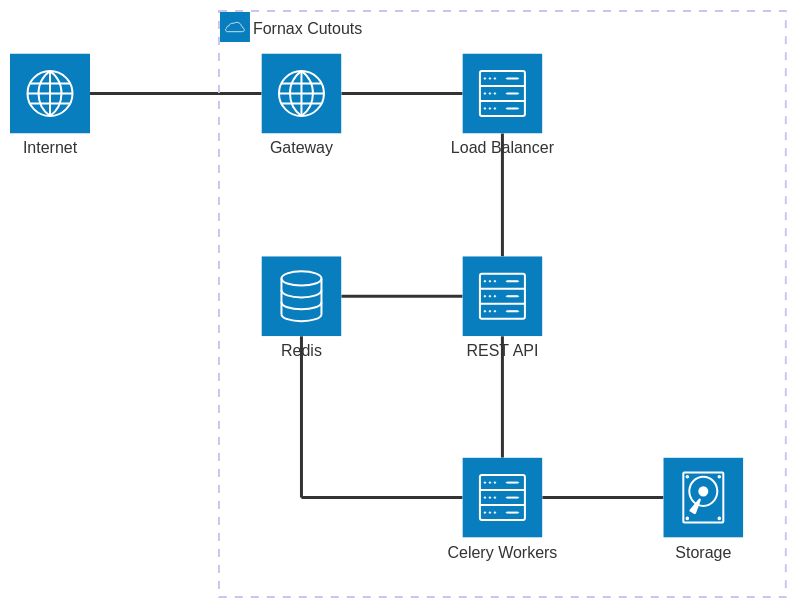
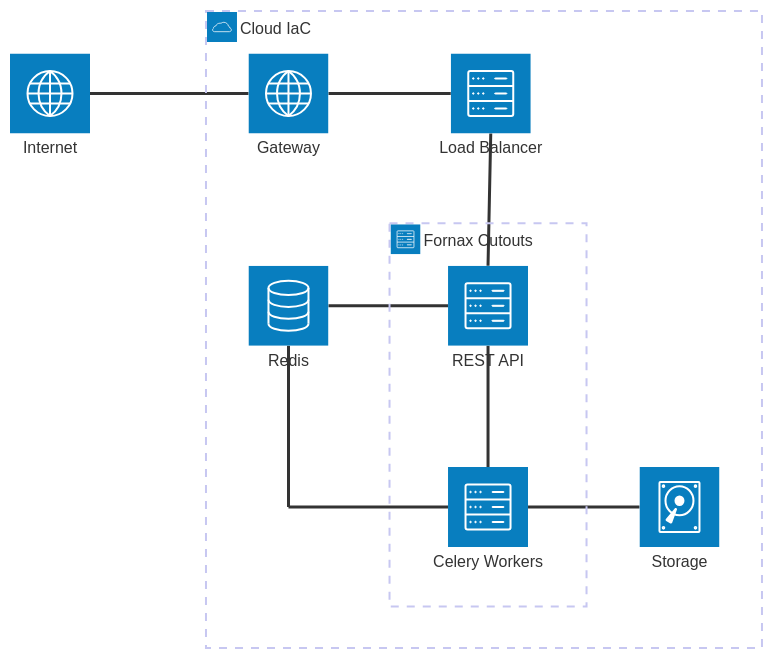
The first of 2 diagrams in README.md (dsarmiento/fornax-cutouts), drawn with Mermaid before and after one commit. The commit also changed other lines of this file, not shown here.

Commit message:
docs(README): update diagrams

````diff
--- a/README.md
+++ b/README.md
@@ -97,28 +99,29 @@
 ```mermaid
 architecture-beta
     service internet(internet)[Internet]
 
-    group fornax(cloud)[Fornax Cutouts]
+    group cloud(cloud)[Cloud IaC]
+    group fornax(server)[Fornax Cutouts] in cloud
 
-    service gateway(internet)[Gateway] in fornax
-    service load_balancer(server)[Load Balancer] in fornax
+    service gateway(internet)[Gateway] in cloud
+    service load_balancer(server)[Load Balancer] in cloud
 
     service api(server)[REST API] in fornax
     service worker(server)[Celery Workers] in fornax
 
-    service redis(database)[Redis] in fornax
-    service s3(disk)[Storage] in fornax
+    service redis(database)[Redis] in cloud
+    service s3(disk)[Storage] in cloud
 
     internet:R -- L:gateway
     gateway:R -- L:load_balancer
     load_balancer:B -- T:api
     api:B -- T:worker
 
-    junction j1 in fornax
+    junction j1 in cloud
     redis:B -- T:j1
 
     redis:R -- L:api
     j1:R -- L:worker
 
     s3:L -- R:worker
 ```
````
